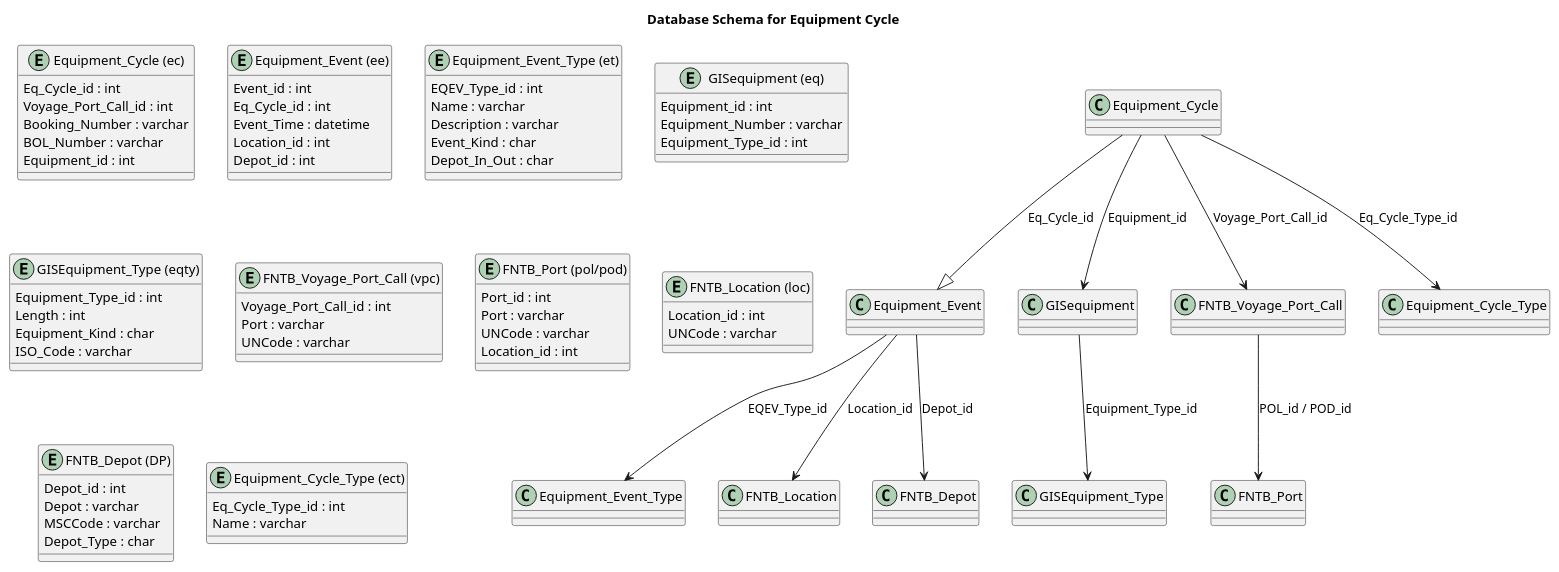
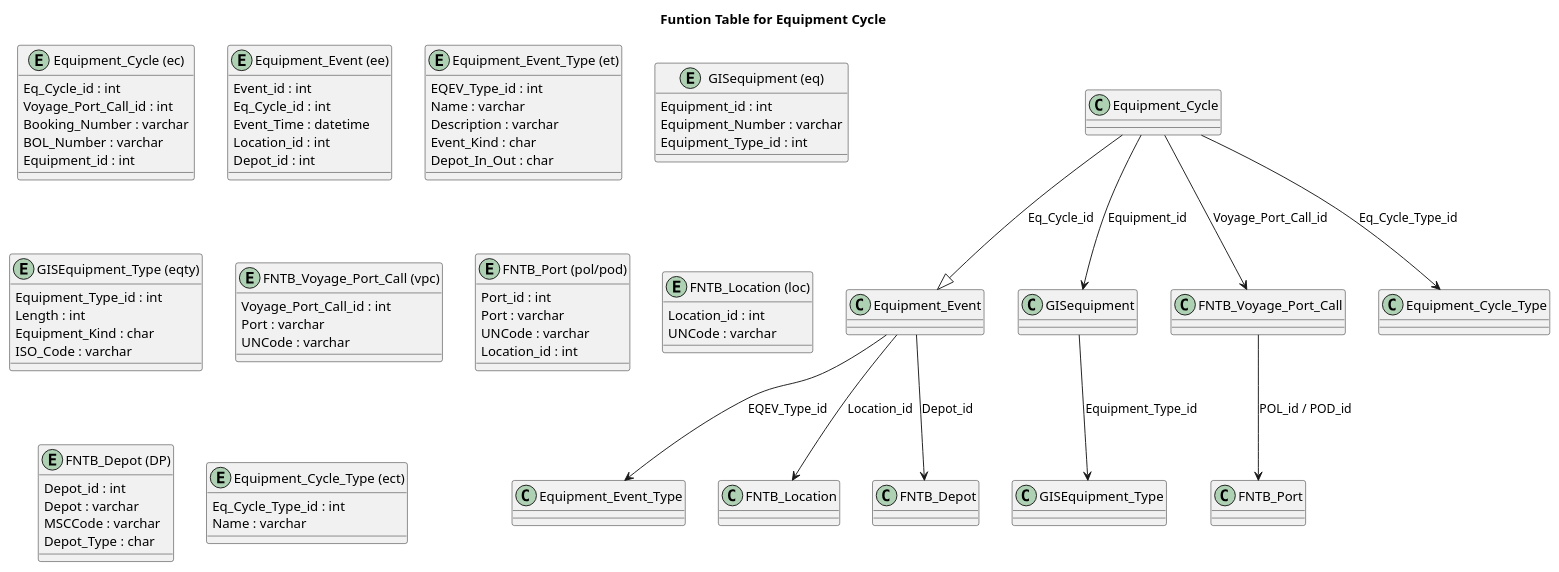
The diagram in DCC_Trasporti_H/FNTB_Equipment_Cycle_Sub.puml (grellag/Project_Python), drawn with PlantUML before and after one commit.

Commit message:
Cambiato titolo puml eq. Cycle

```diff
--- a/DCC_Trasporti_H/FNTB_Equipment_Cycle_Sub.puml
+++ b/DCC_Trasporti_H/FNTB_Equipment_Cycle_Sub.puml
@@ -1,82 +1,82 @@
 @startuml
 
-title Database Schema for Equipment Cycle
+title Funtion Table for Equipment Cycle
 
 entity "Equipment_Cycle (ec)" {
     Eq_Cycle_id : int
     Voyage_Port_Call_id : int
     Booking_Number : varchar
     BOL_Number : varchar
     Equipment_id : int
 }
 
 entity "Equipment_Event (ee)" {
     Event_id : int
     Eq_Cycle_id : int
     Event_Time : datetime
     Location_id : int
     Depot_id : int
 }
 
 entity "Equipment_Event_Type (et)" {
     EQEV_Type_id : int
     Name : varchar
     Description : varchar
     Event_Kind : char
     Depot_In_Out : char
 }
 
 entity "GISequipment (eq)" {
     Equipment_id : int
     Equipment_Number : varchar
     Equipment_Type_id : int
 }
 
 entity "GISEquipment_Type (eqty)" {
     Equipment_Type_id : int
     Length : int
     Equipment_Kind : char
     ISO_Code : varchar
 }
 
 entity "FNTB_Voyage_Port_Call (vpc)" {
     Voyage_Port_Call_id : int
     Port : varchar
     UNCode : varchar
 }
 
 entity "FNTB_Port (pol/pod)" {
     Port_id : int
     Port : varchar
     UNCode : varchar
     Location_id : int
 }
 
 entity "FNTB_Location (loc)" {
     Location_id : int
     UNCode : varchar
 }
 
 entity "FNTB_Depot (DP)" {
     Depot_id : int
     Depot : varchar
     MSCCode : varchar
     Depot_Type : char
 }
 
 entity "Equipment_Cycle_Type (ect)" {
     Eq_Cycle_Type_id : int
     Name : varchar
 }
 
 Equipment_Cycle --|> Equipment_Event : "Eq_Cycle_id"
 Equipment_Event --> Equipment_Event_Type : "EQEV_Type_id"
 Equipment_Cycle --> GISequipment : "Equipment_id"
 GISequipment --> GISEquipment_Type : "Equipment_Type_id"
 Equipment_Cycle --> FNTB_Voyage_Port_Call : "Voyage_Port_Call_id"
 FNTB_Voyage_Port_Call --> FNTB_Port : "POL_id / POD_id"
 Equipment_Event --> FNTB_Location : "Location_id"
 Equipment_Event --> FNTB_Depot : "Depot_id"
 Equipment_Cycle --> Equipment_Cycle_Type : "Eq_Cycle_Type_id"
 
 @enduml
```
